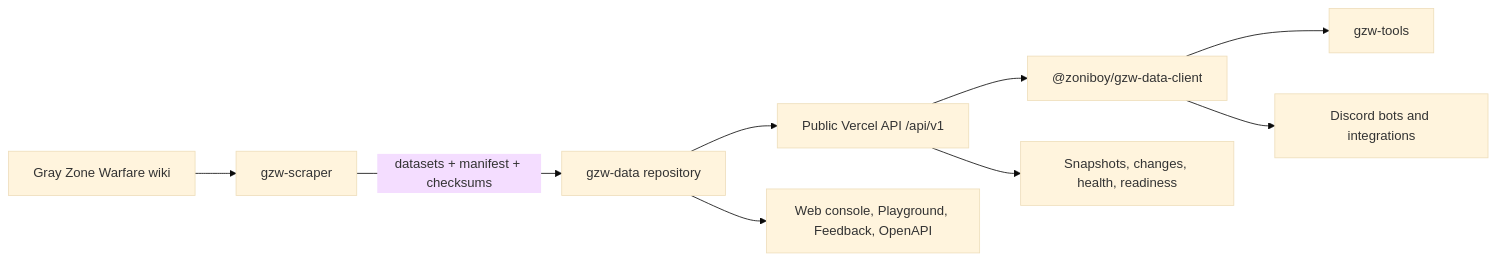
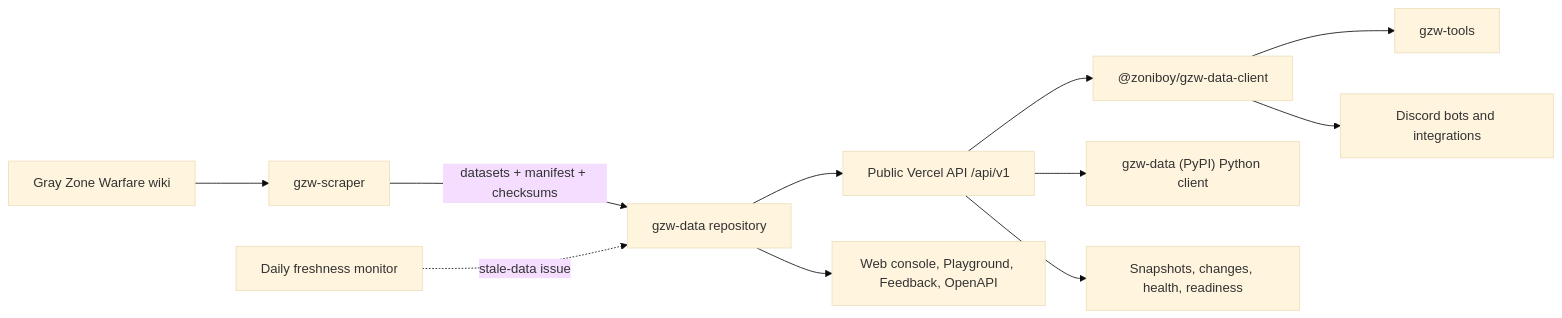
The diagram in docs/ARCHITECTURE.md (ZoniBoy00/gzw-data), drawn with Mermaid (base theme) before and after one commit. The commit also changed other lines of this file and 6 other files, not shown here.

First line of the commit message:
docs: refresh roadmap, README, contributing and architecture

````diff
--- a/docs/ARCHITECTURE.md
+++ b/docs/ARCHITECTURE.md
@@ -3,11 +3,13 @@
 ```mermaid
 flowchart LR
   W["Gray Zone Warfare wiki"] --> S["gzw-scraper"]
   S -->|datasets + manifest + checksums| D["gzw-data repository"]
   D --> A["Public Vercel API /api/v1"]
   D --> C["Web console, Playground, Feedback, OpenAPI"]
   A --> J["@zoniboy/gzw-data-client"]
+  A --> P["gzw-data (PyPI) Python client"]
   J --> T["gzw-tools"]
   J --> B["Discord bots and integrations"]
   A --> H["Snapshots, changes, health, readiness"]
+  M["Daily freshness monitor"] -.->|stale-data issue| D
 ```
````
